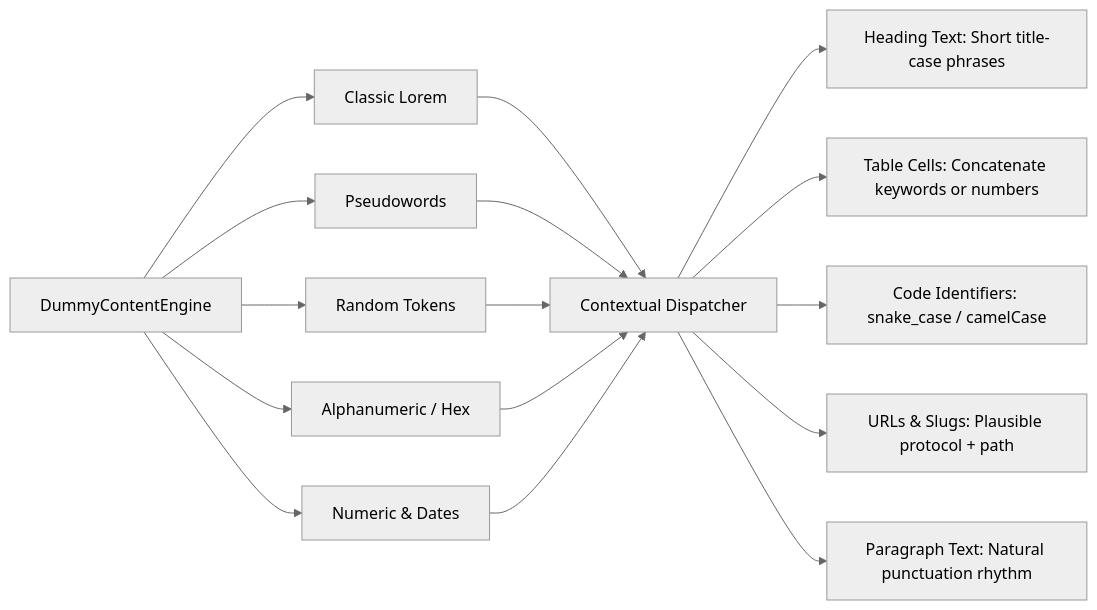
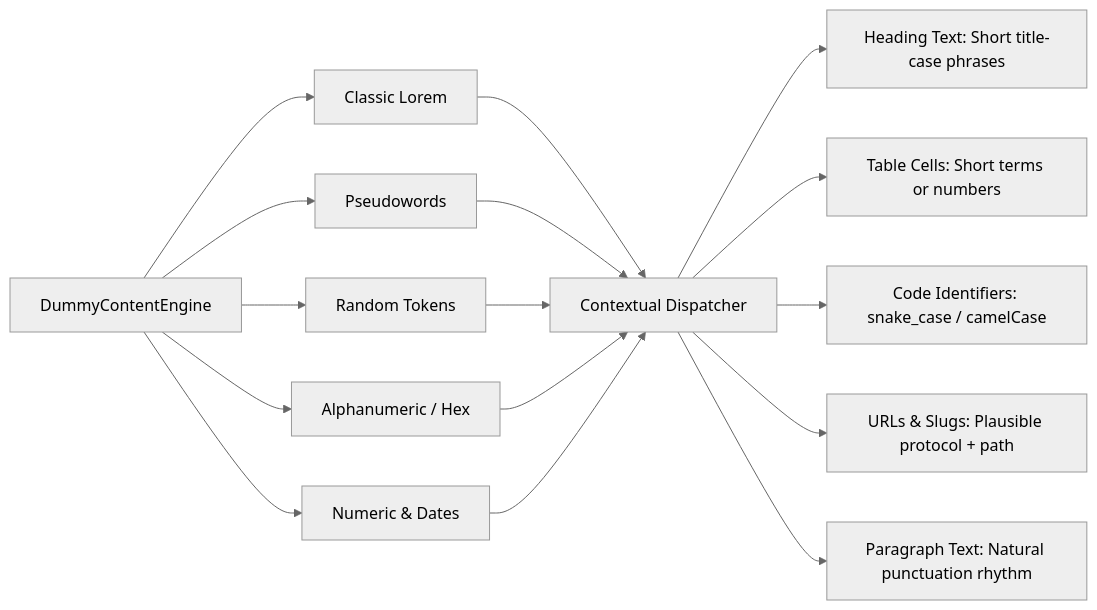
The third of 5 diagrams in ARCHITECTURE.md (shakilapr/dummy-md), drawn with Mermaid (neutral theme) before and after one commit. The commit also changed other lines of this file and 4 other files, not shown here.

````diff
--- a/ARCHITECTURE.md
+++ b/ARCHITECTURE.md
@@ -236,20 +352,20 @@
 ```mermaid
 flowchart LR
     A[DummyContentEngine] --> B[Classic Lorem]
     A --> C[Pseudowords]
     A --> D[Random Tokens]
     A --> E[Alphanumeric / Hex]
     A --> F[Numeric & Dates]
 
     B --> G[Contextual Dispatcher]
     C --> G
     D --> G
     E --> G
     F --> G
 
     G --> H[Heading Text: Short title-case phrases]
-    G --> I[Table Cells: Concatenate keywords or numbers]
+    G --> I[Table Cells: Short terms or numbers]
     G --> J[Code Identifiers: snake_case / camelCase]
     G --> K[URLs & Slugs: Plausible protocol + path]
     G --> L[Paragraph Text: Natural punctuation rhythm]
 ```
````
